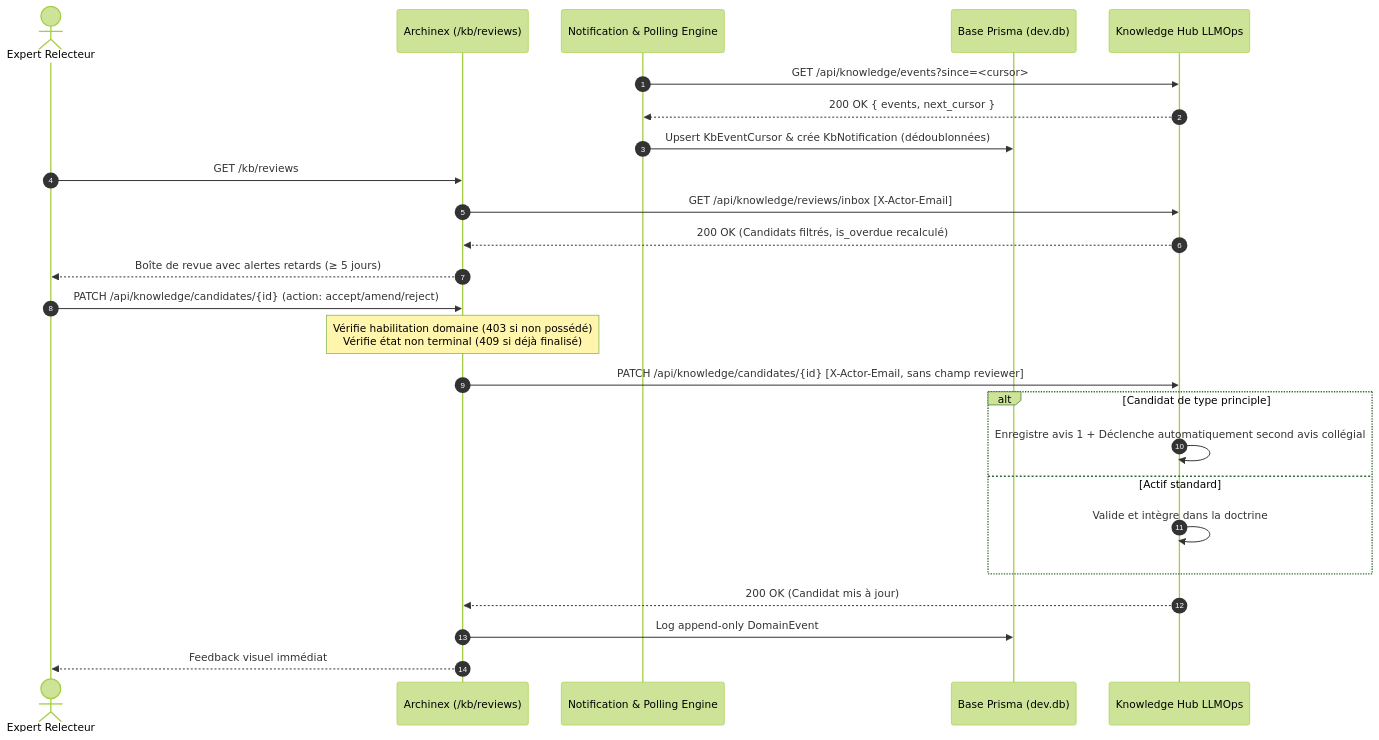
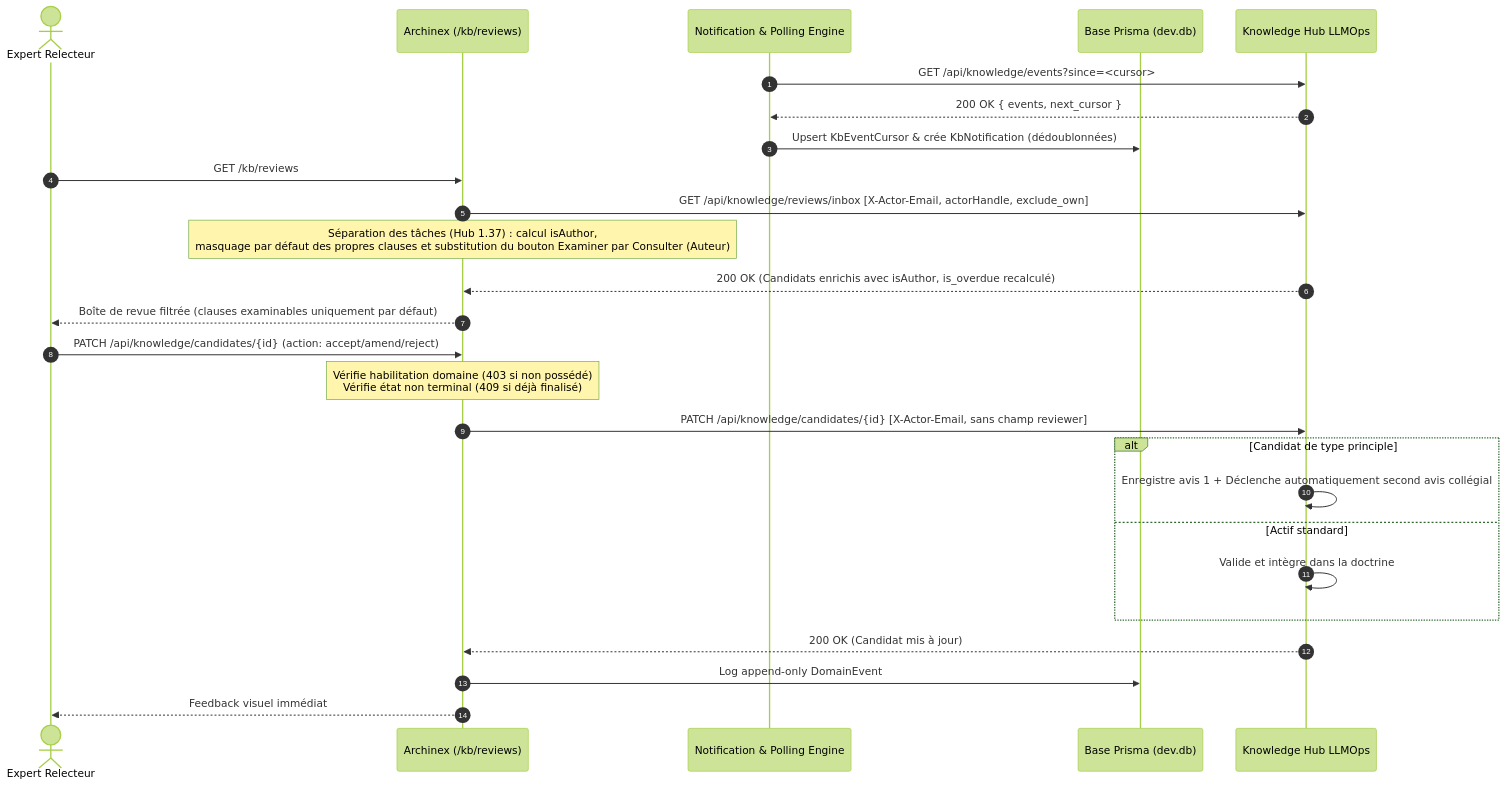
Before and after one commit to MauriceIsrael/archinex: the fourth of 8 diagrams in ARCHITECTURE.md, drawn with Mermaid (forest theme). The commit also changed 9 other files, not shown here.

Commit message:
feat(kb-reviews): exclure les clauses de l'auteur de l'examen dans la boîte de réception (#131)

````diff
--- a/ARCHITECTURE.md
+++ b/ARCHITECTURE.md
@@ -192,30 +192,31 @@
 ```mermaid
 sequenceDiagram
     autonumber
     actor Expert as Expert Relecteur
     participant Archinex as Archinex (/kb/reviews)
     participant Engine as Notification & Polling Engine
     participant DB as Base Prisma (dev.db)
     participant LLMOps as Knowledge Hub LLMOps
 
     Engine->>LLMOps: GET /api/knowledge/events?since=<cursor>
     LLMOps-->>Engine: 200 OK { events, next_cursor }
     Engine->>DB: Upsert KbEventCursor & crée KbNotification (dédoublonnées)
     
     Expert->>Archinex: GET /kb/reviews
-    Archinex->>LLMOps: GET /api/knowledge/reviews/inbox [X-Actor-Email]
-    LLMOps-->>Archinex: 200 OK (Candidats filtrés, is_overdue recalculé)
-    Archinex-->>Expert: Boîte de revue avec alertes retards (≥ 5 jours)
+    Archinex->>LLMOps: GET /api/knowledge/reviews/inbox [X-Actor-Email, actorHandle, exclude_own]
+    Note over Archinex: Séparation des tâches (Hub 1.37) : calcul isAuthor,<br/>masquage par défaut des propres clauses et substitution du bouton Examiner par Consulter (Auteur)
+    LLMOps-->>Archinex: 200 OK (Candidats enrichis avec isAuthor, is_overdue recalculé)
+    Archinex-->>Expert: Boîte de revue filtrée (clauses examinables uniquement par défaut)
 
     Expert->>Archinex: PATCH /api/knowledge/candidates/{id} (action: accept/amend/reject)
     Note over Archinex: Vérifie habilitation domaine (403 si non possédé)<br/>Vérifie état non terminal (409 si déjà finalisé)
     Archinex->>LLMOps: PATCH /api/knowledge/candidates/{id} [X-Actor-Email, sans champ reviewer]
     alt Candidat de type principle
         LLMOps->>LLMOps: Enregistre avis 1 + Déclenche automatiquement second avis collégial
     else Actif standard
         LLMOps->>LLMOps: Valide et intègre dans la doctrine
     end
     LLMOps-->>Archinex: 200 OK (Candidat mis à jour)
     Archinex->>DB: Log append-only DomainEvent
     Archinex-->>Expert: Feedback visuel immédiat
 ```
````
